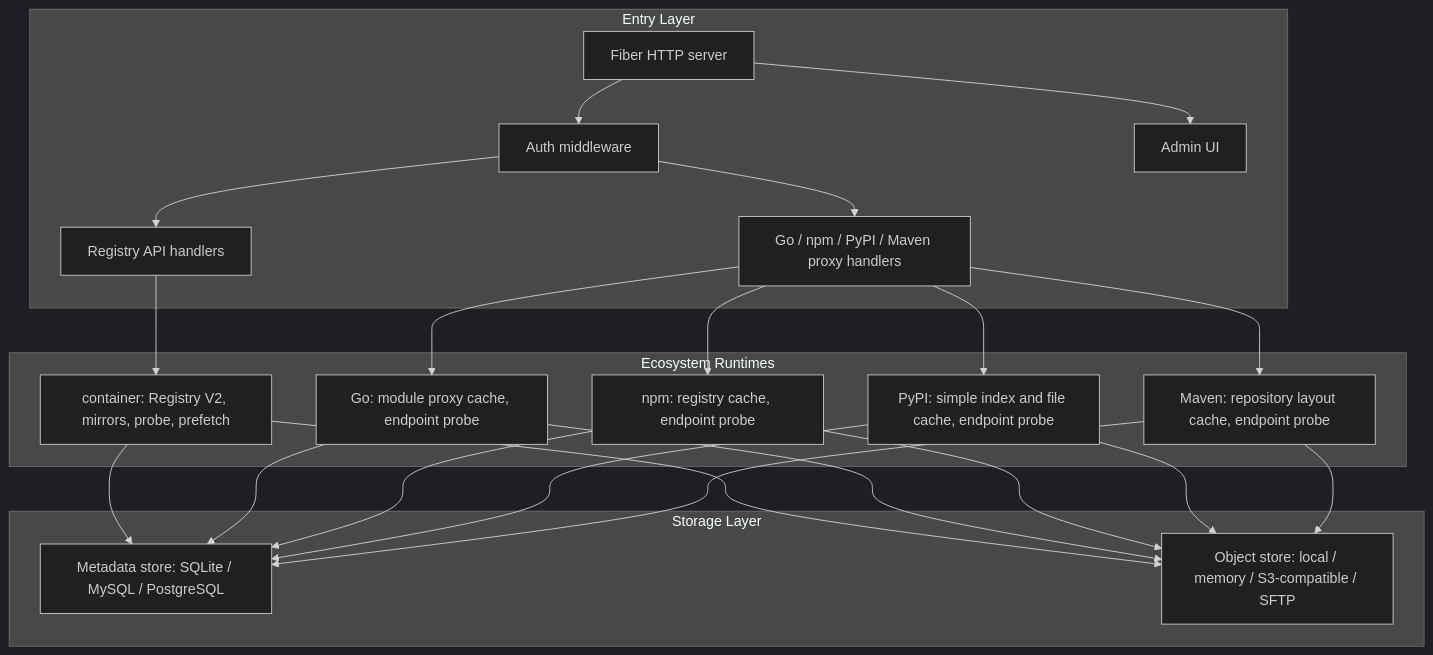
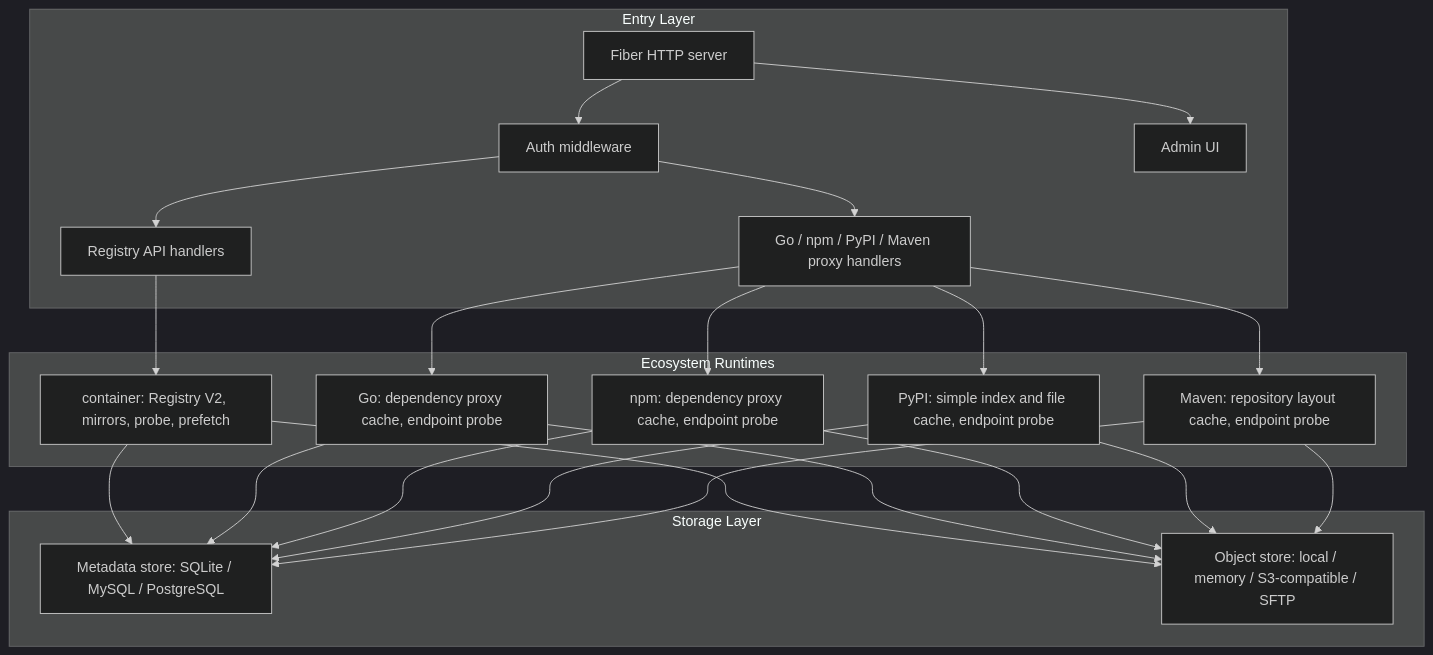
Before and after one commit to lyonbrown4d/regimux: the fourth of 4 diagrams in docs/en/design.md, drawn with Mermaid (dark theme). The commit also changed other lines of this file and 36 other files, not shown here.

````diff
--- a/docs/en/design.md
+++ b/docs/en/design.md
@@ -219,43 +221,43 @@
 ```mermaid
 flowchart TB
   subgraph entry["Entry Layer"]
     http["Fiber HTTP server"]
     registry["Registry API handlers"]
     proxy["Go / npm / PyPI / Maven proxy handlers"]
     authmw["Auth middleware"]
     adminui["Admin UI"]
   end
 
   subgraph runtimes["Ecosystem Runtimes"]
     cr["container: Registry V2, mirrors, probe, prefetch"]
-    gr["Go: module proxy cache, endpoint probe"]
-    nr["npm: registry cache, endpoint probe"]
+    gr["Go: dependency proxy cache, endpoint probe"]
+    nr["npm: dependency proxy cache, endpoint probe"]
     pr["PyPI: simple index and file cache, endpoint probe"]
     mr["Maven: repository layout cache, endpoint probe"]
   end
 
   subgraph storage["Storage Layer"]
     metadata["Metadata store: SQLite / MySQL / PostgreSQL"]
     objectstore["Object store: local / memory / S3-compatible / SFTP"]
   end
 
   http --> authmw
   authmw --> registry
   authmw --> proxy
   http --> adminui
   registry --> cr
   proxy --> gr
   proxy --> nr
   proxy --> pr
   proxy --> mr
   cr --> metadata
   gr --> metadata
   nr --> metadata
   pr --> metadata
   mr --> metadata
   cr --> objectstore
   gr --> objectstore
   nr --> objectstore
   pr --> objectstore
   mr --> objectstore
 ```
````
